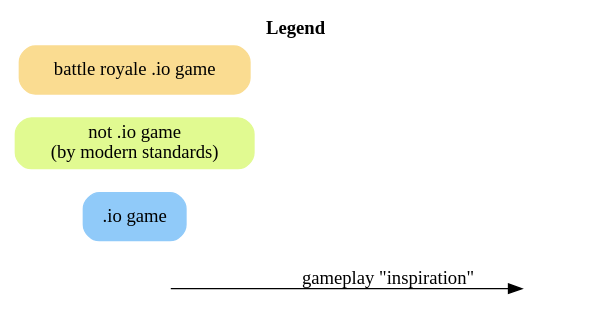
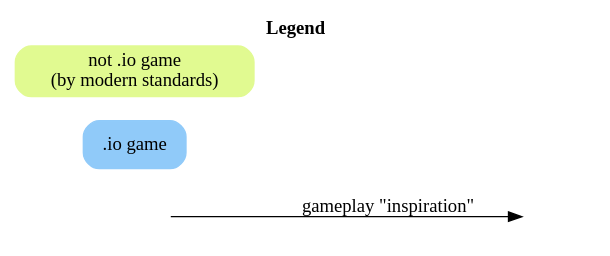
The diagram in legend.gv (getkey/io-game-history), drawn with Graphviz before and after one commit. The commit also changed 3 other files, not shown here.

First line of the commit message:
Make battle royale games a subgraph

```diff
--- a/legend.gv
+++ b/legend.gv
@@ -1,14 +1,13 @@
 digraph legend {
 	labelloc=t;
     label=<<b>Legend</b>>;
 	rankdir=LR;
 
 	a [style=invis]
 	b [style=invis];
 
 	".io game" [color="#90caf9", style="rounded, filled", shape=box];
 	"not .io game\n(by modern standards)" [color="#E1FA91", style="rounded, filled", shape=box];
-	"battle royale .io game" [color="#FADC91", style="rounded, filled", shape=box];
 
 	a -> b [label="gameplay \"inspiration\""];
 }
```
